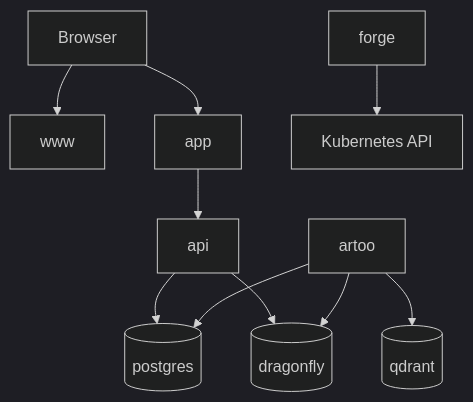
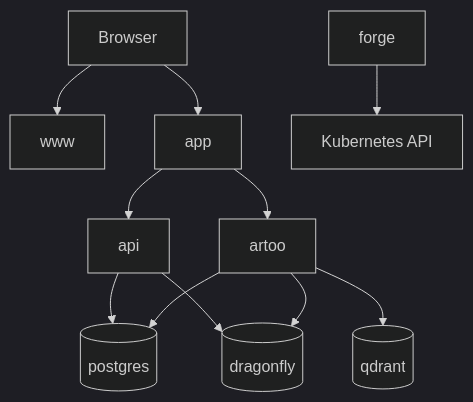
The diagram in README.md (Kanerix/lerpz-com), drawn with Mermaid (dark theme) before and after one commit. The commit also changed other lines of this file and 1 other file, not shown here.

Commit message:
docs: describe artoo as the product ui chat agent

````diff
--- a/README.md
+++ b/README.md
@@ -64,12 +64,13 @@
 ```mermaid
 flowchart TD
     Browser --> www
     Browser --> app
     app --> api
+    app --> artoo
     api --> postgres[(postgres)]
     api --> dragonfly[(dragonfly)]
     artoo --> postgres
     artoo --> dragonfly
     artoo --> qdrant[(qdrant)]
     forge --> kubernetes[Kubernetes API]
 ```
````
